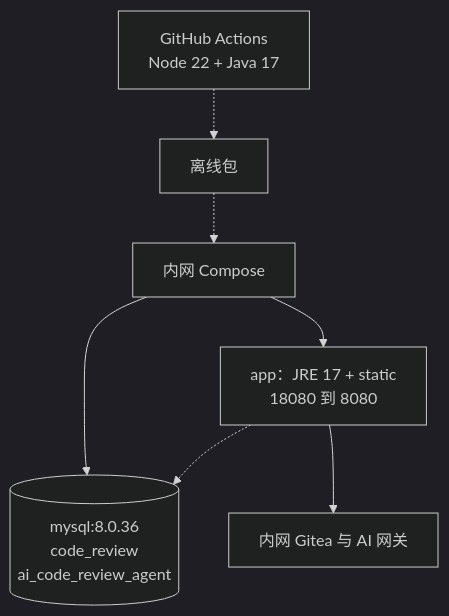
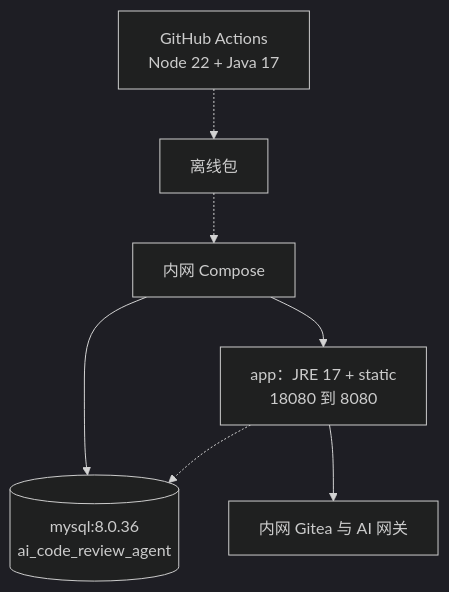
One commit to bakemonoingithub/codereview changed the diagram in docs/delivery/dev-20261013/figures/deployment.mmd. Above: the diagram before and after it, drawn with Mermaid (dark theme). The commit also changed 15 other files, not shown here.

```diff
--- a/docs/delivery/dev-20261013/figures/deployment.mmd
+++ b/docs/delivery/dev-20261013/figures/deployment.mmd
@@ -1,7 +1,7 @@
 flowchart TB
   CI["GitHub Actions<br/>Node 22 + Java 17"] -.-> PKG["离线包"]
   PKG -.-> HOST["内网 Compose"]
   HOST --> APP["app：JRE 17 + static<br/>18080 到 8080"]
-  HOST --> MYSQL[("mysql:8.0.36<br/>code_review<br/>ai_code_review_agent")]
+  HOST --> MYSQL[("mysql:8.0.36<br/>ai_code_review_agent")]
   APP -.-> MYSQL
   APP --> GIT["内网 Gitea 与 AI 网关"]
```
